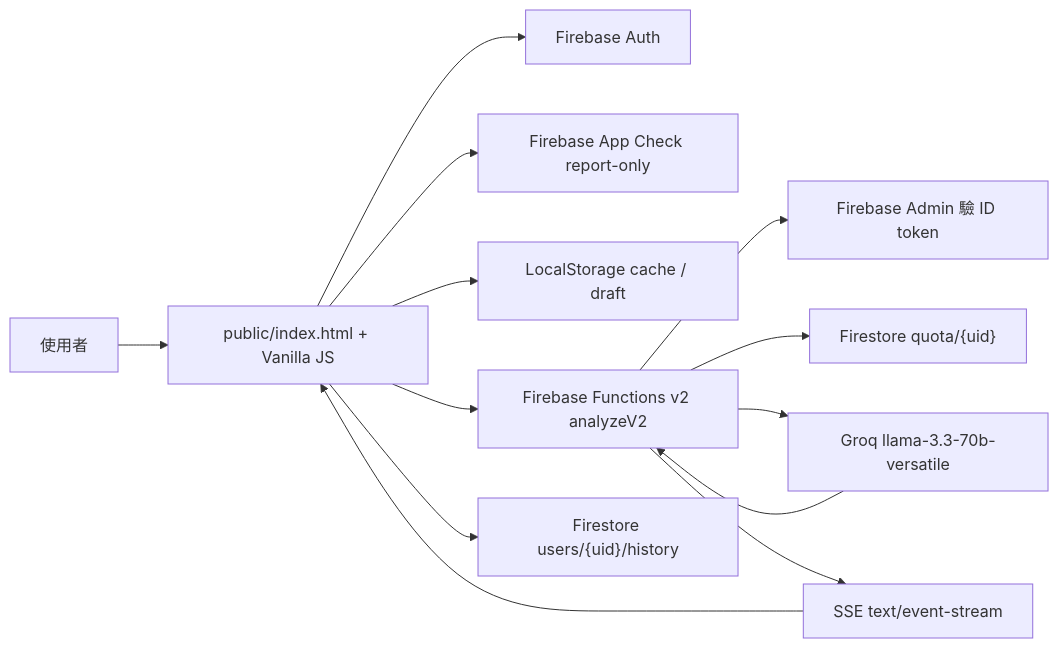
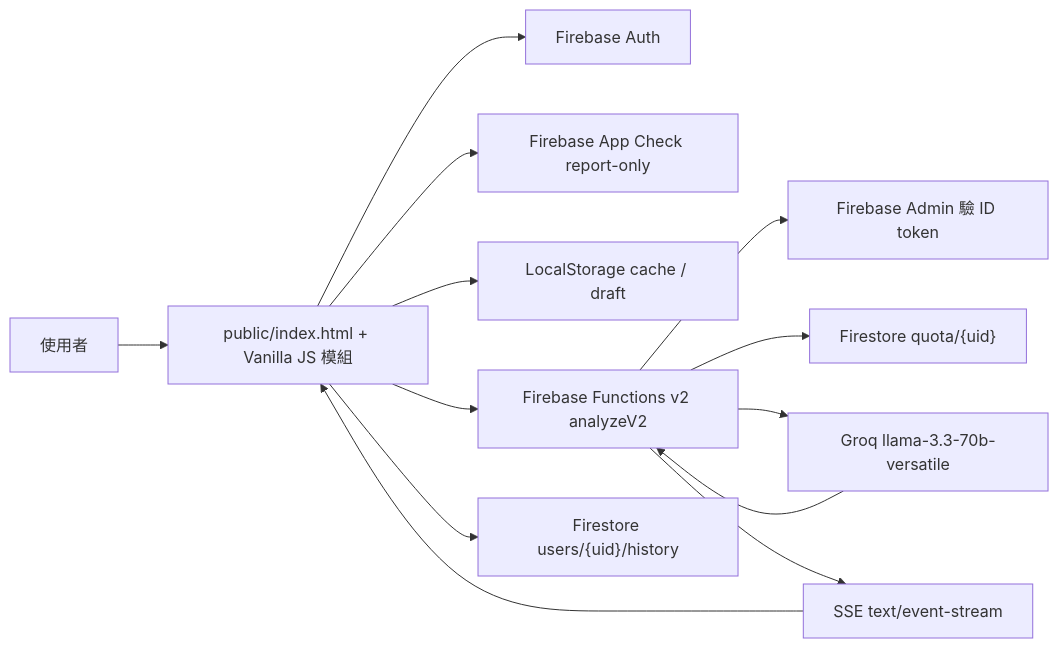
Before and after one commit to waydefu/-: the first of 2 diagrams in README.md, drawn with Mermaid. The commit also changed other lines of this file and 39 other files, not shown here.

````diff
--- a/README.md
+++ b/README.md
@@ -51,15 +56,15 @@
 ```mermaid
 flowchart LR
-  User["使用者"] --> UI["public/index.html + Vanilla JS"]
+  User["使用者"] --> UI["public/index.html + Vanilla JS 模組"]
   UI --> Auth["Firebase Auth"]
   UI --> AppCheck["Firebase App Check report-only"]
   UI --> Cache["LocalStorage cache / draft"]
   UI --> Fn["Firebase Functions v2 analyzeV2"]
   Fn --> Admin["Firebase Admin 驗 ID token"]
   Fn --> Quota["Firestore quota/{uid}"]
   Fn --> Groq["Groq llama-3.3-70b-versatile"]
   Groq --> Fn
   Fn --> SSE["SSE text/event-stream"]
   SSE --> UI
   UI --> History["Firestore users/{uid}/history"]
 ```
````
